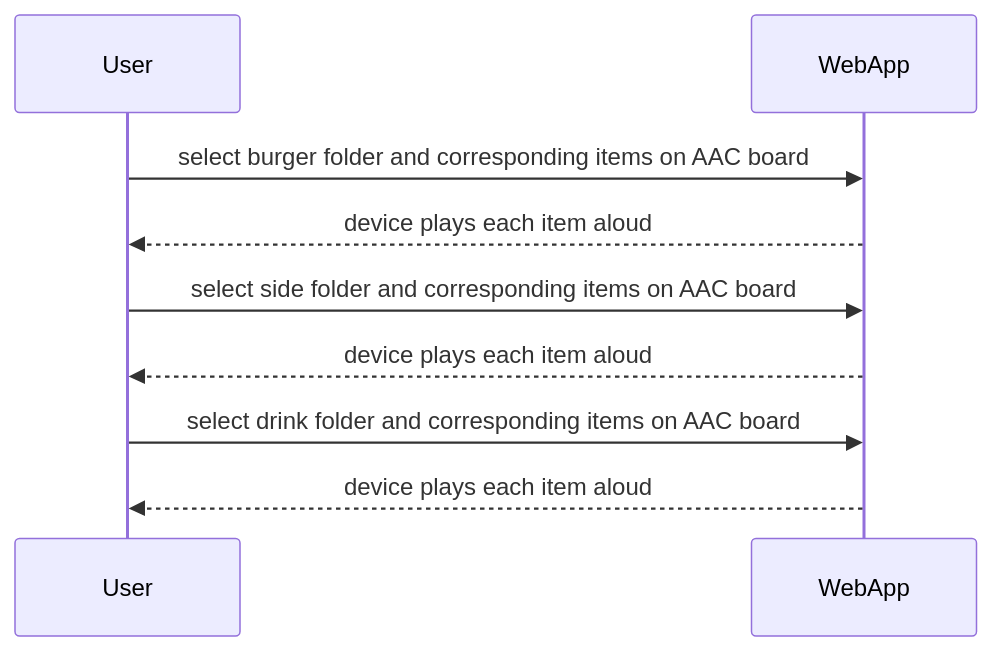
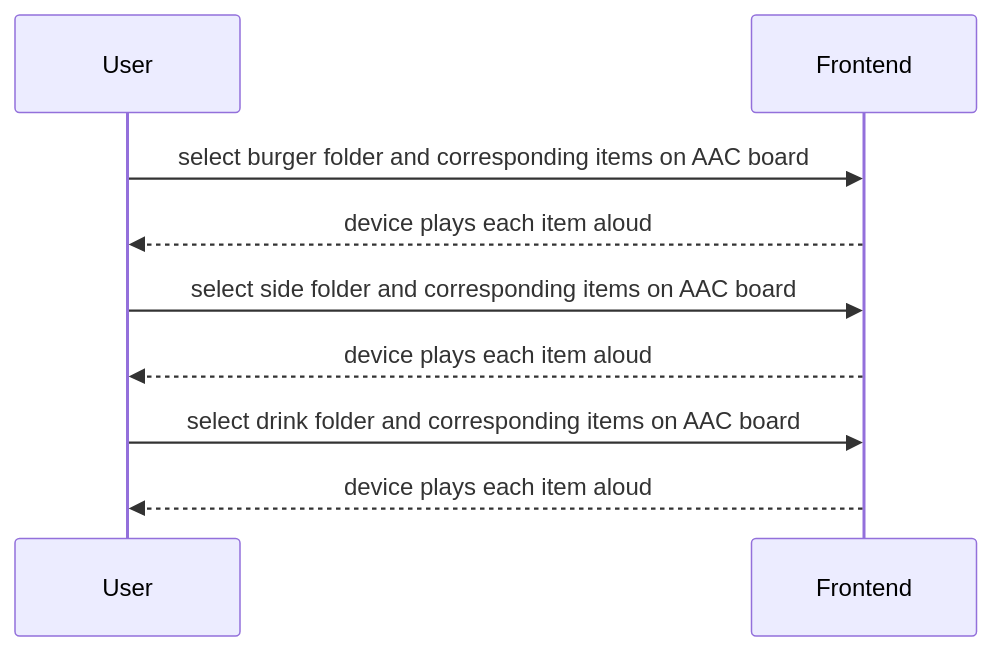
One commit to Capstone-Projects-2025-Spring/aac-go-fish changed the tenth of 19 diagrams in documentation/docs/system-architecture/use-case-sequences.md. Above: the diagram before and after it, drawn with Mermaid. The commit also changed other lines of this file and 2 other files, not shown here.

````diff
--- a/documentation/docs/system-architecture/use-case-sequences.md
+++ b/documentation/docs/system-architecture/use-case-sequences.md
@@ -170,12 +170,12 @@
 ```mermaid
 sequenceDiagram
     participant Manager as User
-    participant WebApp
+    participant Frontend
 
-    Manager->>WebApp: select burger folder and corresponding items on AAC board
-    WebApp-->>Manager: device plays each item aloud
-    Manager->>WebApp: select side folder and corresponding items on AAC board
-    WebApp-->>Manager: device plays each item aloud
-    Manager->>WebApp: select drink folder and corresponding items on AAC board
-    WebApp-->>Manager: device plays each item aloud
+    Manager->>Frontend: select burger folder and corresponding items on AAC board
+    Frontend-->>Manager: device plays each item aloud
+    Manager->>Frontend: select side folder and corresponding items on AAC board
+    Frontend-->>Manager: device plays each item aloud
+    Manager->>Frontend: select drink folder and corresponding items on AAC board
+    Frontend-->>Manager: device plays each item aloud
 ```
````
